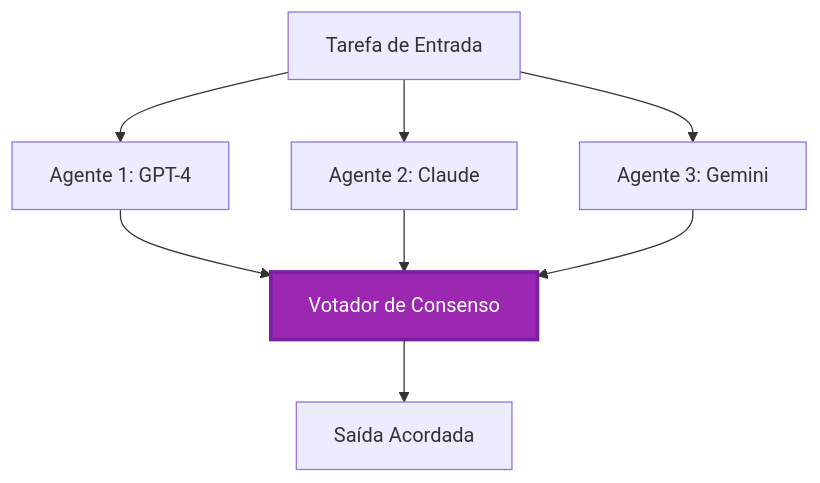
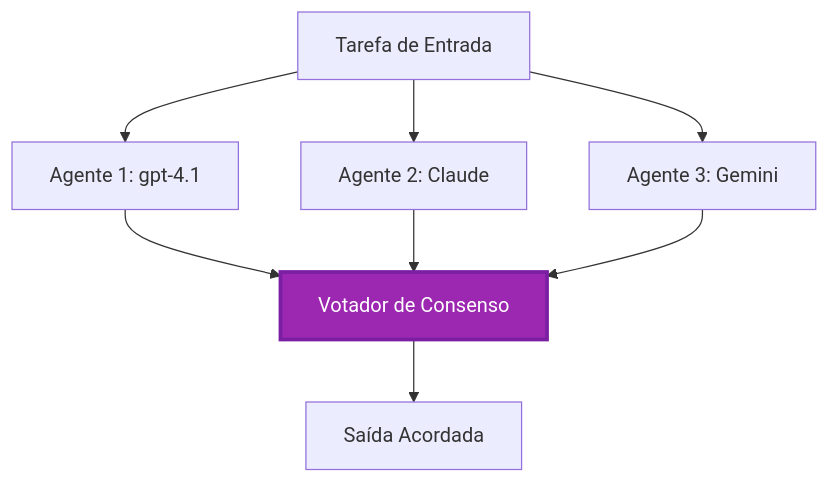
Before and after one commit to microsoft/AZD-for-beginners: the fourth of 5 diagrams in translations/pt-BR/docs/chapter-06-pre-deployment/coordination-patterns.md, drawn with Mermaid. The commit also changed other lines of this file and 101 other files, not shown here.

````diff
--- a/translations/pt-BR/docs/chapter-06-pre-deployment/coordination-patterns.md
+++ b/translations/pt-BR/docs/chapter-06-pre-deployment/coordination-patterns.md
@@ -231,19 +225,19 @@
 ```mermaid
 graph TB
     Input[Tarefa de Entrada]
-    Agent1[Agente 1: GPT-4]
+    Agent1[Agente 1: gpt-4.1]
     Agent2[Agente 2: Claude]
     Agent3[Agente 3: Gemini]
     Voter[Votador de Consenso]
     Output[Saída Acordada]
     
     Input --> Agent1
     Input --> Agent2
     Input --> Agent3
     Agent1 --> Voter
     Agent2 --> Voter
     Agent3 --> Voter
     Voter --> Output
     
     style Voter fill:#9C27B0,stroke:#7B1FA2,stroke-width:3px,color:#fff
 ```
````
